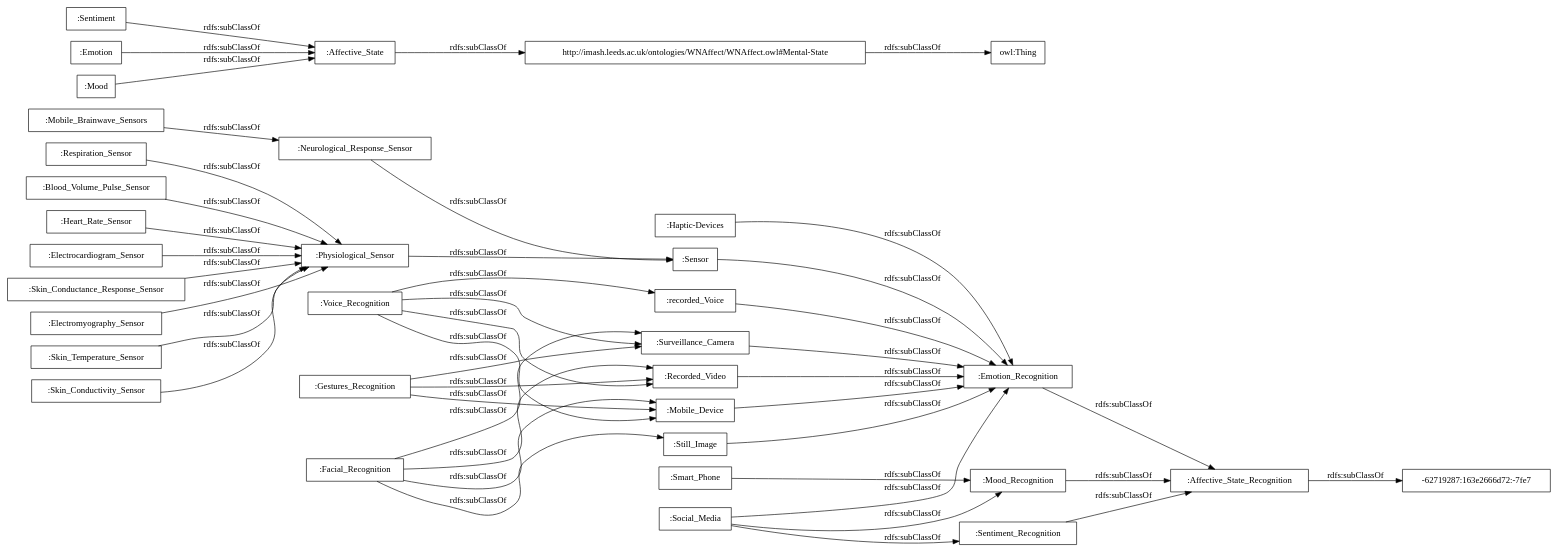
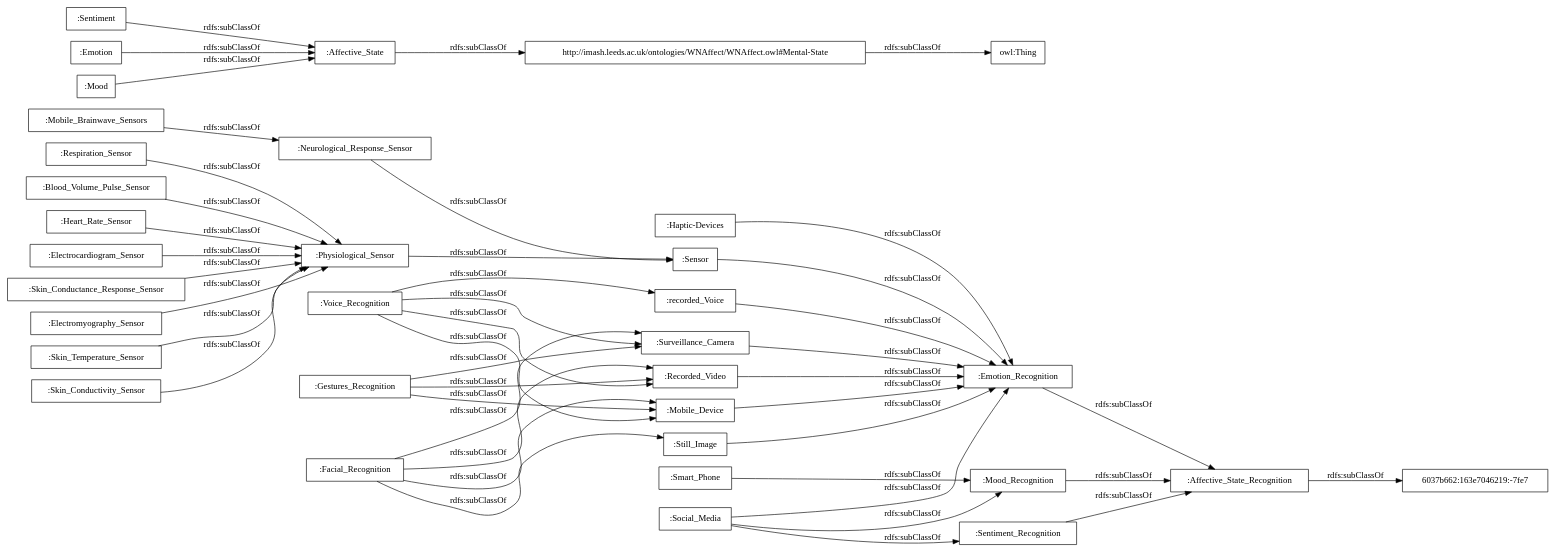
One commit to rana-othman/HASIO-Modularization changed the diagram in OnToology/Affective_States_Recognition_Module.owl/diagrams/ar2dtool-taxonomy/Affective_States_Recognition_Module.owl.png.dot. Above: the diagram before and after it, drawn with Graphviz. The commit also changed 97 other files, not shown here.

```diff
--- a/OnToology/Affective_States_Recognition_Module.owl/diagrams/ar2dtool-taxonomy/Affective_States_Recognition_Module.owl.png.dot
+++ b/OnToology/Affective_States_Recognition_Module.owl/diagrams/ar2dtool-taxonomy/Affective_States_Recognition_Module.owl.png.dot
@@ -1,48 +1,48 @@
 digraph ar2dtool_diagram { 
 rankdir=LR;
 size="1000"
-node [shape = rectangle, color="black"]; ":Mobile_Device" ":Voice_Recognition" ":Sentiment" ":Heart_Rate_Sensor" "-62719287:163e2666d72:-7fe7" ":Neurological_Response_Sensor" ":Haptic-Devices" ":Electrocardiogram_Sensor" ":Still_Image" ":Sensor" ":Emotion" ":Skin_Conductance_Response_Sensor" ":Mood" ":Mobile_Brainwave_Sensors" ":Affective_State" ":recorded_Voice" ":Electromyography_Sensor" ":Physiological_Sensor" ":Emotion_Recognition" ":Skin_Temperature_Sensor" ":Facial_Recognition" ":Skin_Conductivity_Sensor" ":Recorded_Video" ":Surveillance_Camera" ":Gestures_Recognition" "http://imash.leeds.ac.uk/ontologies/WNAffect/WNAffect.owl#Mental-State" ":Mood_Recognition" ":Smart_Phone" ":Sentiment_Recognition" ":Social_Media" ":Respiration_Sensor" ":Blood_Volume_Pulse_Sensor" ":Affective_State_Recognition" ; /*classes style*/
+node [shape = rectangle, color="black"]; ":Mobile_Device" ":Voice_Recognition" ":Sentiment" ":Heart_Rate_Sensor" ":Neurological_Response_Sensor" ":Haptic-Devices" ":Electrocardiogram_Sensor" ":Still_Image" ":Sensor" ":Emotion" ":Skin_Conductance_Response_Sensor" ":Mood" ":Mobile_Brainwave_Sensors" ":Affective_State" ":recorded_Voice" ":Electromyography_Sensor" ":Physiological_Sensor" ":Emotion_Recognition" ":Skin_Temperature_Sensor" ":Facial_Recognition" ":Skin_Conductivity_Sensor" ":Recorded_Video" ":Surveillance_Camera" ":Gestures_Recognition" "http://imash.leeds.ac.uk/ontologies/WNAffect/WNAffect.owl#Mental-State" ":Mood_Recognition" ":Smart_Phone" ":Sentiment_Recognition" ":Social_Media" ":Respiration_Sensor" "6037b662:163e7046219:-7fe7" ":Blood_Volume_Pulse_Sensor" ":Affective_State_Recognition" ; /*classes style*/
 	":Emotion_Recognition" -> ":Affective_State_Recognition" [ label = "rdfs:subClassOf" ];
 	":Voice_Recognition" -> ":recorded_Voice" [ label = "rdfs:subClassOf" ];
 	":Voice_Recognition" -> ":Surveillance_Camera" [ label = "rdfs:subClassOf" ];
 	":Voice_Recognition" -> ":Recorded_Video" [ label = "rdfs:subClassOf" ];
 	":Voice_Recognition" -> ":Mobile_Device" [ label = "rdfs:subClassOf" ];
 	":Skin_Conductance_Response_Sensor" -> ":Physiological_Sensor" [ label = "rdfs:subClassOf" ];
 	":Smart_Phone" -> ":Mood_Recognition" [ label = "rdfs:subClassOf" ];
 	":Electromyography_Sensor" -> ":Physiological_Sensor" [ label = "rdfs:subClassOf" ];
 	":recorded_Voice" -> ":Emotion_Recognition" [ label = "rdfs:subClassOf" ];
 	":Emotion" -> ":Affective_State" [ label = "rdfs:subClassOf" ];
 	":Skin_Conductivity_Sensor" -> ":Physiological_Sensor" [ label = "rdfs:subClassOf" ];
 	"http://imash.leeds.ac.uk/ontologies/WNAffect/WNAffect.owl#Mental-State" -> "owl:Thing" [ label = "rdfs:subClassOf" ];
 	":Facial_Recognition" -> ":Surveillance_Camera" [ label = "rdfs:subClassOf" ];
 	":Facial_Recognition" -> ":Still_Image" [ label = "rdfs:subClassOf" ];
 	":Facial_Recognition" -> ":Recorded_Video" [ label = "rdfs:subClassOf" ];
 	":Facial_Recognition" -> ":Mobile_Device" [ label = "rdfs:subClassOf" ];
 	":Skin_Temperature_Sensor" -> ":Physiological_Sensor" [ label = "rdfs:subClassOf" ];
 	":Sentiment" -> ":Affective_State" [ label = "rdfs:subClassOf" ];
 	":Mood_Recognition" -> ":Affective_State_Recognition" [ label = "rdfs:subClassOf" ];
 	":Neurological_Response_Sensor" -> ":Sensor" [ label = "rdfs:subClassOf" ];
 	":Affective_State" -> "http://imash.leeds.ac.uk/ontologies/WNAffect/WNAffect.owl#Mental-State" [ label = "rdfs:subClassOf" ];
 	":Mobile_Brainwave_Sensors" -> ":Neurological_Response_Sensor" [ label = "rdfs:subClassOf" ];
 	":Still_Image" -> ":Emotion_Recognition" [ label = "rdfs:subClassOf" ];
-	":Affective_State_Recognition" -> "-62719287:163e2666d72:-7fe7" [ label = "rdfs:subClassOf" ];
+	":Affective_State_Recognition" -> "6037b662:163e7046219:-7fe7" [ label = "rdfs:subClassOf" ];
 	":Recorded_Video" -> ":Emotion_Recognition" [ label = "rdfs:subClassOf" ];
 	":Sentiment_Recognition" -> ":Affective_State_Recognition" [ label = "rdfs:subClassOf" ];
 	":Blood_Volume_Pulse_Sensor" -> ":Physiological_Sensor" [ label = "rdfs:subClassOf" ];
 	":Gestures_Recognition" -> ":Surveillance_Camera" [ label = "rdfs:subClassOf" ];
 	":Gestures_Recognition" -> ":Recorded_Video" [ label = "rdfs:subClassOf" ];
 	":Gestures_Recognition" -> ":Mobile_Device" [ label = "rdfs:subClassOf" ];
 	":Surveillance_Camera" -> ":Emotion_Recognition" [ label = "rdfs:subClassOf" ];
 	":Mobile_Device" -> ":Emotion_Recognition" [ label = "rdfs:subClassOf" ];
 	":Haptic-Devices" -> ":Emotion_Recognition" [ label = "rdfs:subClassOf" ];
 	":Physiological_Sensor" -> ":Sensor" [ label = "rdfs:subClassOf" ];
 	":Electrocardiogram_Sensor" -> ":Physiological_Sensor" [ label = "rdfs:subClassOf" ];
 	":Sensor" -> ":Emotion_Recognition" [ label = "rdfs:subClassOf" ];
 	":Mood" -> ":Affective_State" [ label = "rdfs:subClassOf" ];
 	":Heart_Rate_Sensor" -> ":Physiological_Sensor" [ label = "rdfs:subClassOf" ];
 	":Respiration_Sensor" -> ":Physiological_Sensor" [ label = "rdfs:subClassOf" ];
 	":Social_Media" -> ":Sentiment_Recognition" [ label = "rdfs:subClassOf" ];
 	":Social_Media" -> ":Mood_Recognition" [ label = "rdfs:subClassOf" ];
 	":Social_Media" -> ":Emotion_Recognition" [ label = "rdfs:subClassOf" ];
 
 }
```
